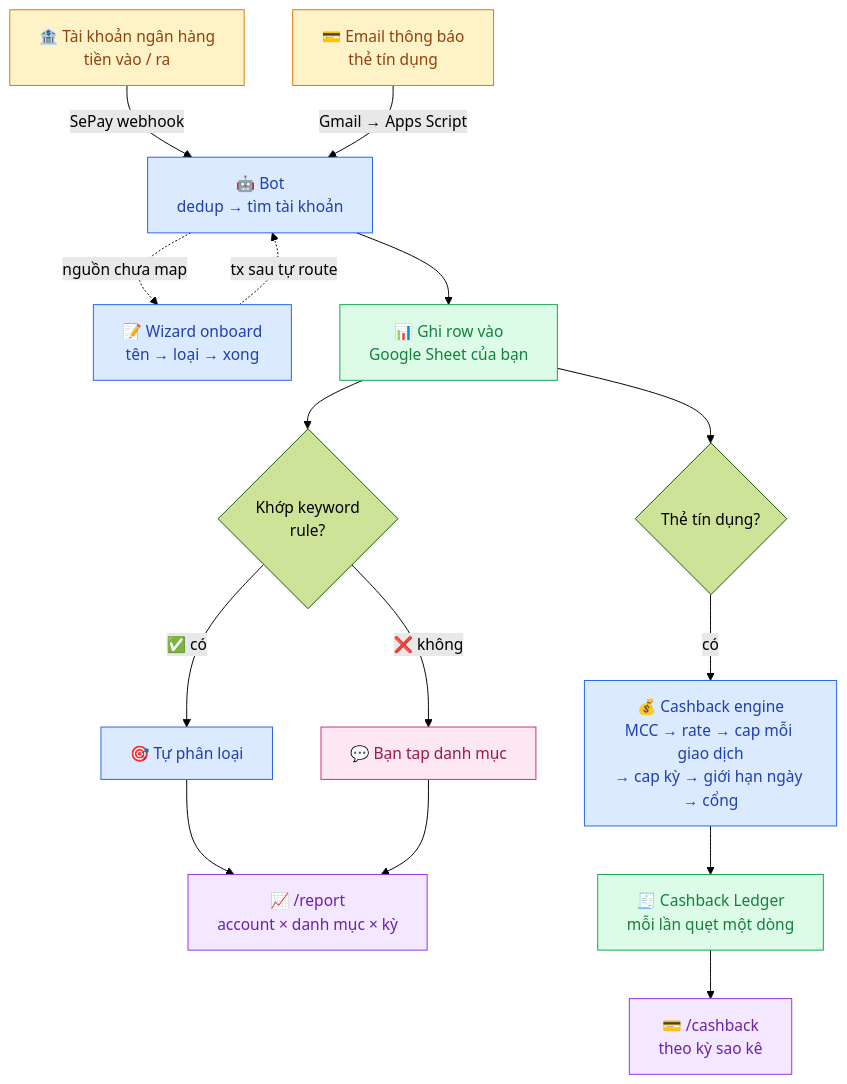
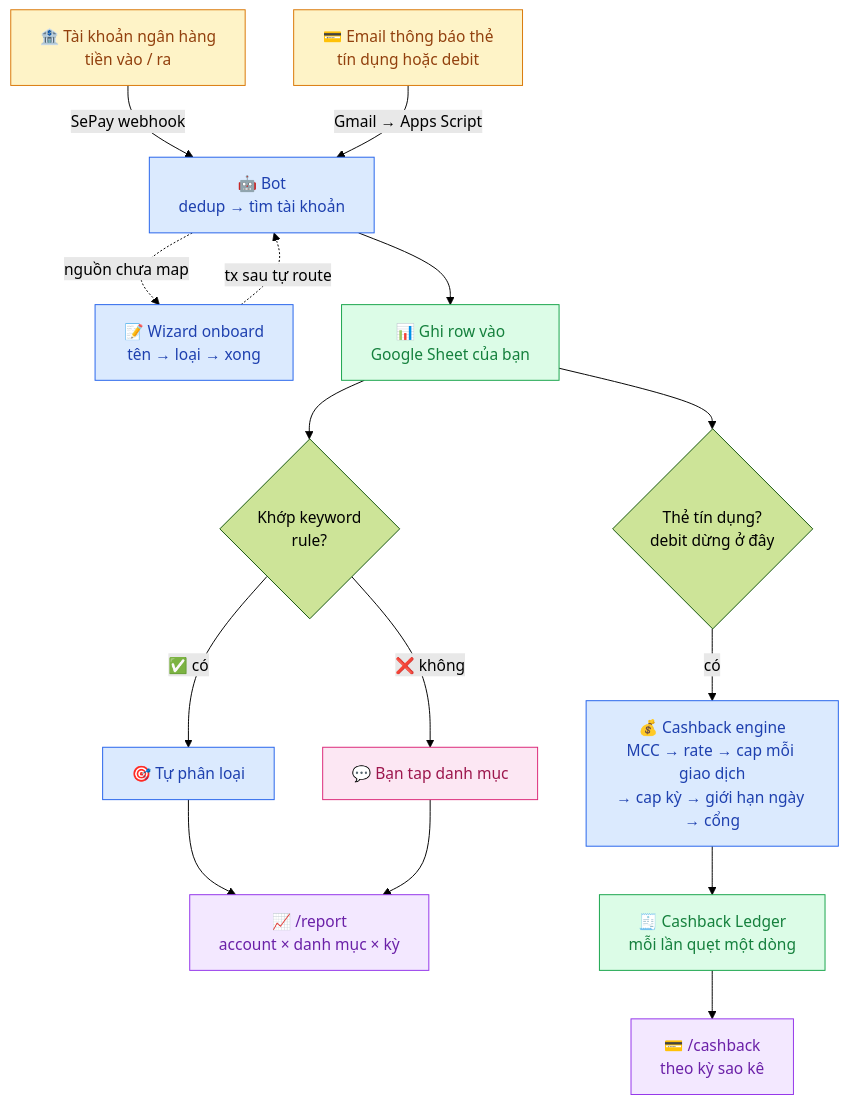
One commit to maingocanh1702/my-money-went-bot changed the diagram in README.vi.md. Above: the diagram before and after it, drawn with Mermaid (forest theme). The commit also changed other lines of this file and 9 other files, not shown here.

````diff
--- a/README.vi.md
+++ b/README.vi.md
@@ -33,28 +92,28 @@
 ```mermaid
 flowchart TD
     A[🏦 Tài khoản ngân hàng<br/>tiền vào / ra] -->|SePay webhook| B[🤖 Bot<br/>dedup → tìm tài khoản]
-    A2[💳 Email thông báo<br/>thẻ tín dụng] -->|Gmail → Apps Script| B
+    A2[💳 Email thông báo thẻ<br/>tín dụng hoặc debit] -->|Gmail → Apps Script| B
     B -.->|nguồn chưa map| I[📝 Wizard onboard<br/>tên → loại → xong]
     I -.->|tx sau tự route| B
     B --> C[📊 Ghi row vào<br/>Google Sheet của bạn]
     C --> D{Khớp keyword<br/>rule?}
     D -->|✅ có| E[🎯 Tự phân loại]
     D -->|❌ không| F[💬 Bạn tap danh mục]
     E --> H[📈 /report<br/>account × danh mục × kỳ]
     F --> H
-    C --> K{Thẻ tín dụng?}
+    C --> K{Thẻ tín dụng?<br/>debit dừng ở đây}
     K -->|có| L[💰 Cashback engine<br/>MCC → rate → cap mỗi giao dịch<br/>→ cap kỳ → giới hạn ngày → cổng]
     L --> M[🧾 Cashback Ledger<br/>mỗi lần quẹt một dòng]
     M --> N[💳 /cashback<br/>theo kỳ sao kê]
 
     classDef bank fill:#fef3c7,stroke:#d97706,color:#92400e
     classDef bot fill:#dbeafe,stroke:#2563eb,color:#1e40af
     classDef store fill:#dcfce7,stroke:#16a34a,color:#15803d
     classDef user fill:#fce7f3,stroke:#db2777,color:#9d174d
     classDef out fill:#f3e8ff,stroke:#9333ea,color:#6b21a8
     class A,A2 bank
     class B,E,I,L bot
     class C,M store
     class F user
     class H,N out
 ```
````
